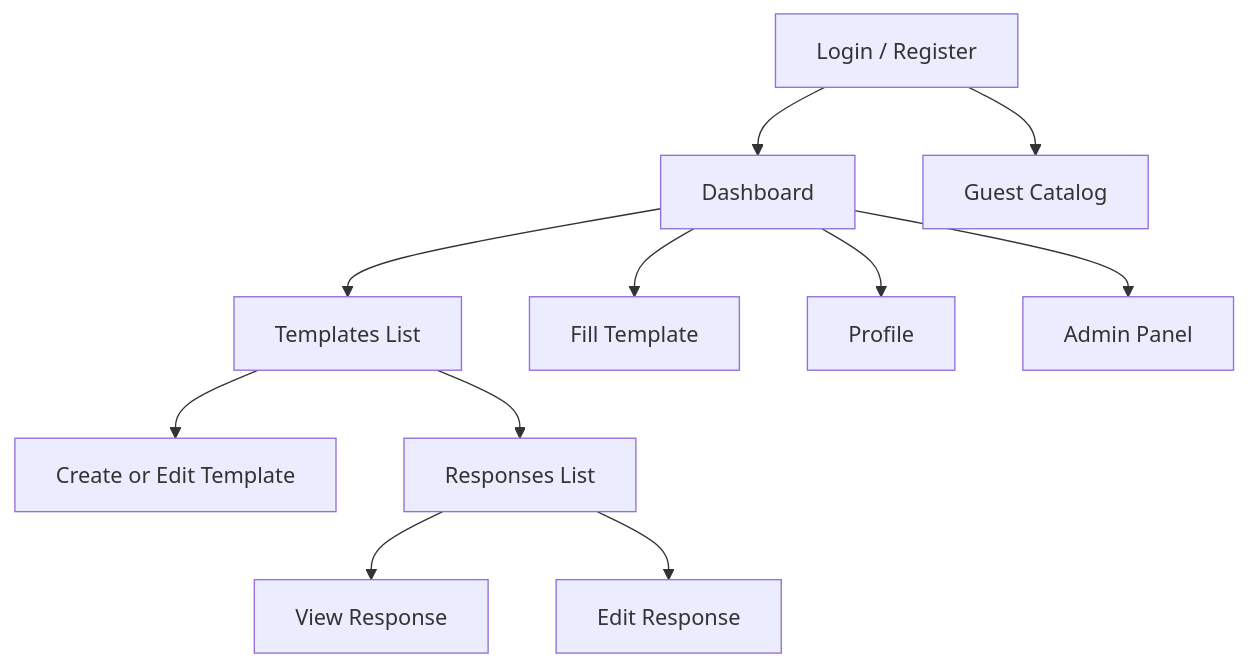
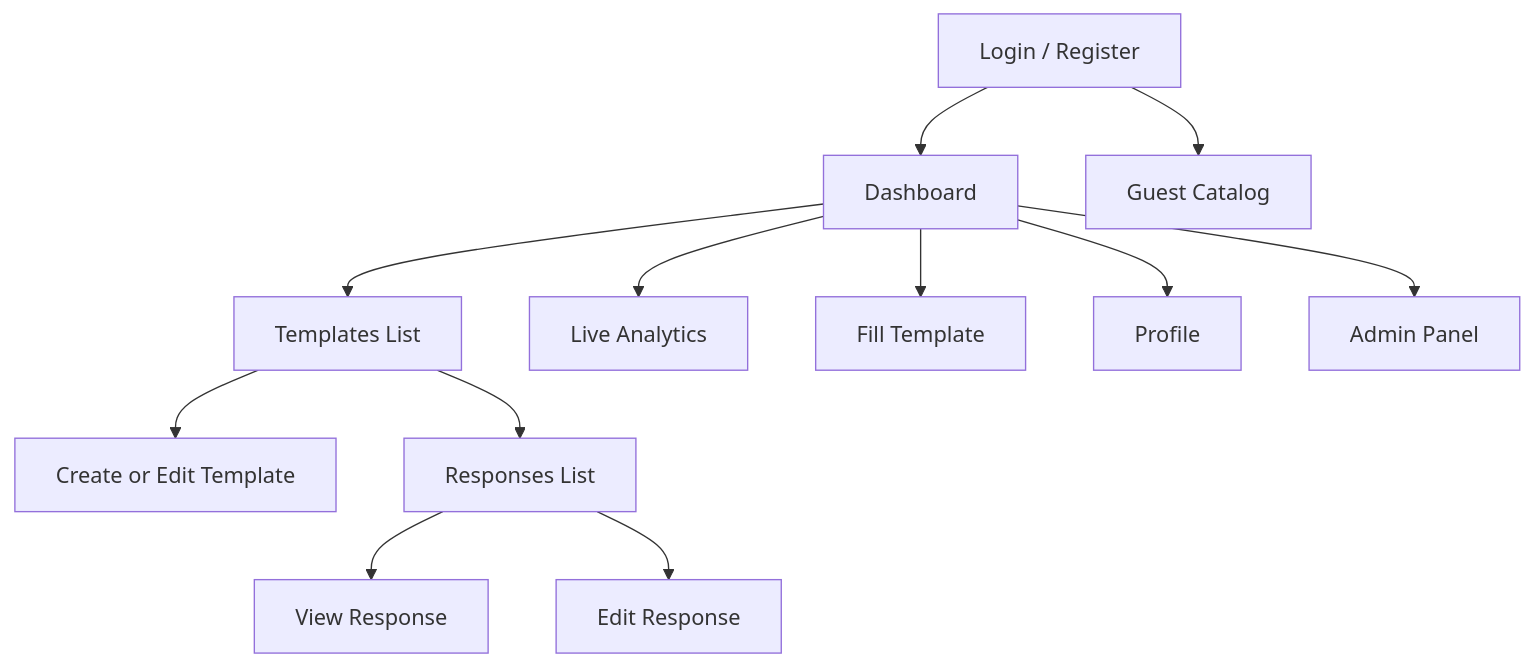
Before and after one commit to jenialitvinova02/formiks: the second of 2 diagrams in FRONTEND_ARCHITECTURE.md, drawn with Mermaid. The commit also changed other lines of this file and 17 other files, not shown here.

````diff
--- a/FRONTEND_ARCHITECTURE.md
+++ b/FRONTEND_ARCHITECTURE.md
@@ -71,13 +72,14 @@
 ```mermaid
 flowchart TD
     A["Login / Register"] --> B["Dashboard"]
     B --> C["Templates List"]
+    B --> L["Live Analytics"]
     C --> D["Create or Edit Template"]
     C --> E["Responses List"]
     E --> F["View Response"]
     E --> G["Edit Response"]
     B --> H["Fill Template"]
     B --> I["Profile"]
     B --> J["Admin Panel"]
     A --> K["Guest Catalog"]
 ```
````
